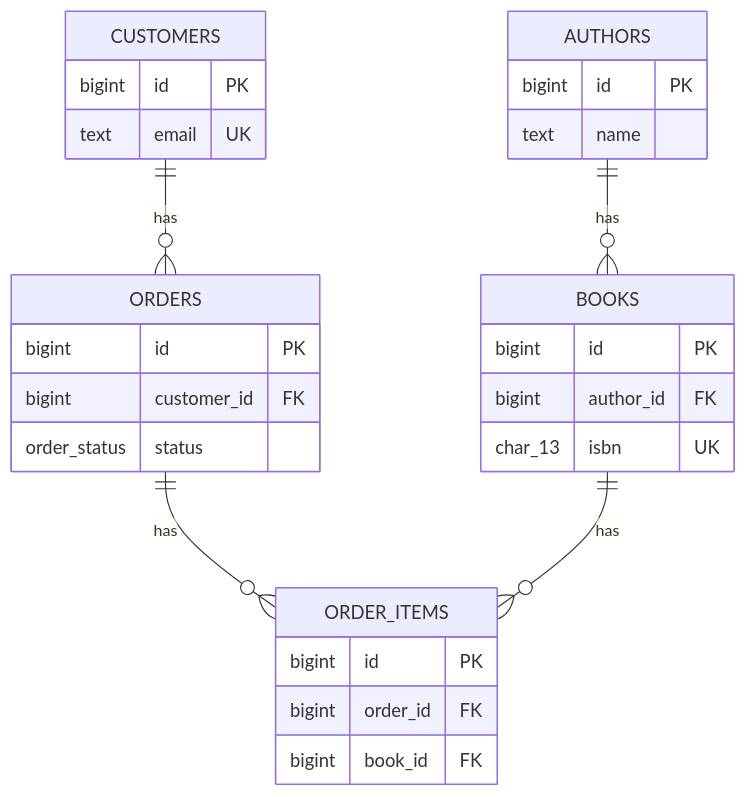
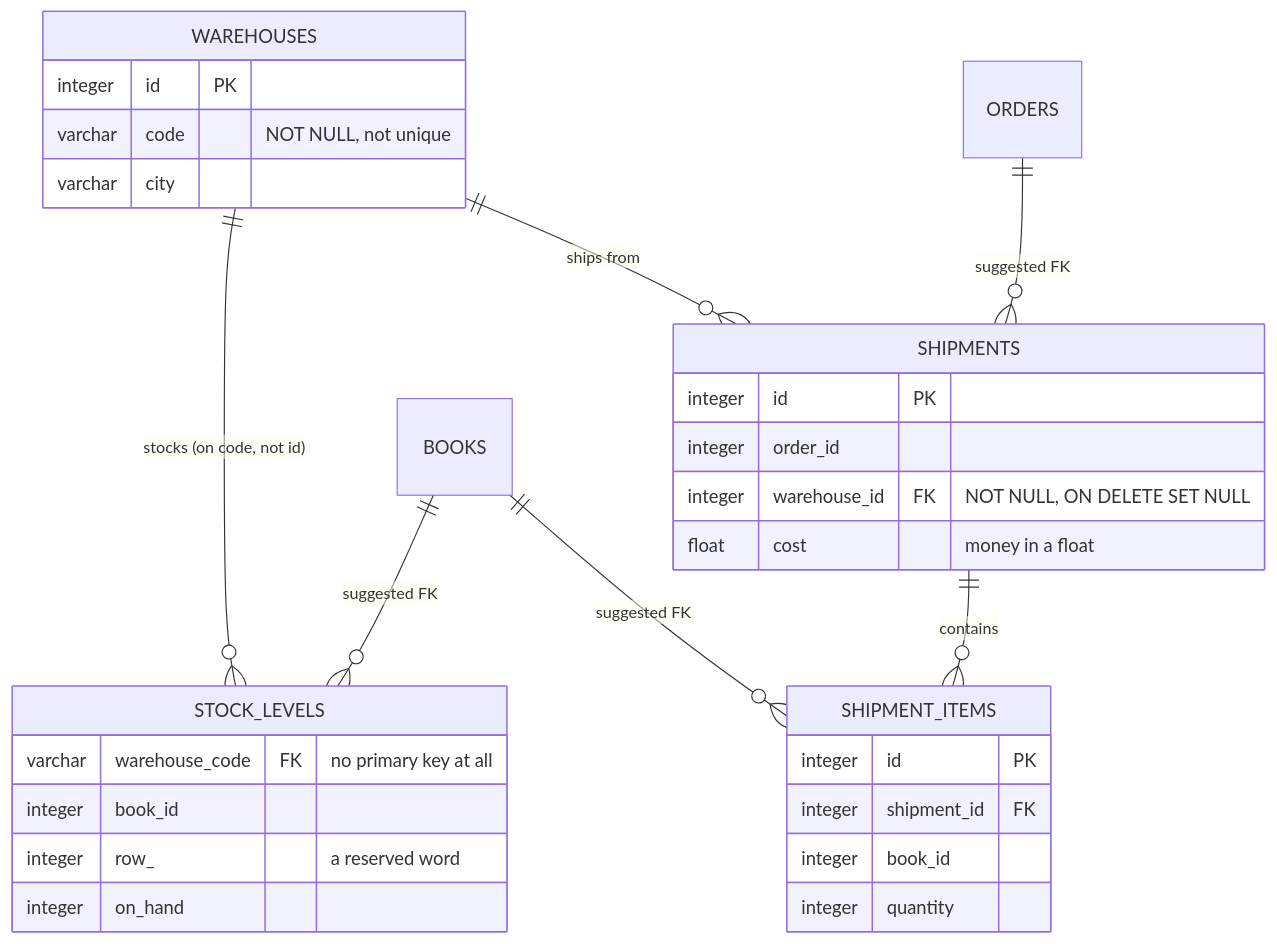
One commit to zemarsil/DatabaseVisualizer changed the diagram in docs/walkthroughs/09-import-an-existing-schema.md. Above: the diagram before and after it, drawn with Mermaid. The commit also changed other lines of this file and 43 other files, not shown here.

````diff
--- a/docs/walkthroughs/09-import-an-existing-schema.md
+++ b/docs/walkthroughs/09-import-an-existing-schema.md
@@ -43,30 +53,32 @@
 ```mermaid
 erDiagram
-    AUTHORS ||--o{ BOOKS : has
-    CUSTOMERS ||--o{ ORDERS : has
-    ORDERS ||--o{ ORDER_ITEMS : has
-    BOOKS ||--o{ ORDER_ITEMS : has
-    AUTHORS {
-        bigint id PK
-        text name
+    WAREHOUSES ||--o{ STOCK_LEVELS : "stocks (on code, not id)"
+    WAREHOUSES ||--o{ SHIPMENTS : "ships from"
+    SHIPMENTS ||--o{ SHIPMENT_ITEMS : contains
+    BOOKS ||--o{ STOCK_LEVELS : "suggested FK"
+    BOOKS ||--o{ SHIPMENT_ITEMS : "suggested FK"
+    ORDERS ||--o{ SHIPMENTS : "suggested FK"
+    WAREHOUSES {
+        integer id PK
+        varchar code "NOT NULL, not unique"
+        varchar city
     }
-    BOOKS {
-        bigint id PK
-        bigint author_id FK
-        char_13 isbn UK
+    STOCK_LEVELS {
+        varchar warehouse_code FK "no primary key at all"
+        integer book_id
+        integer row_ "a reserved word"
+        integer on_hand
     }
-    CUSTOMERS {
-        bigint id PK
-        text email UK
+    SHIPMENTS {
+        integer id PK
+        integer order_id
+        integer warehouse_id FK "NOT NULL, ON DELETE SET NULL"
+        float cost "money in a float"
     }
-    ORDERS {
-        bigint id PK
-        bigint customer_id FK
-        order_status status
-    }
-    ORDER_ITEMS {
-        bigint id PK
-        bigint order_id FK
-        bigint book_id FK
+    SHIPMENT_ITEMS {
+        integer id PK
+        integer shipment_id FK
+        integer book_id
+        integer quantity
     }
 ```
````
